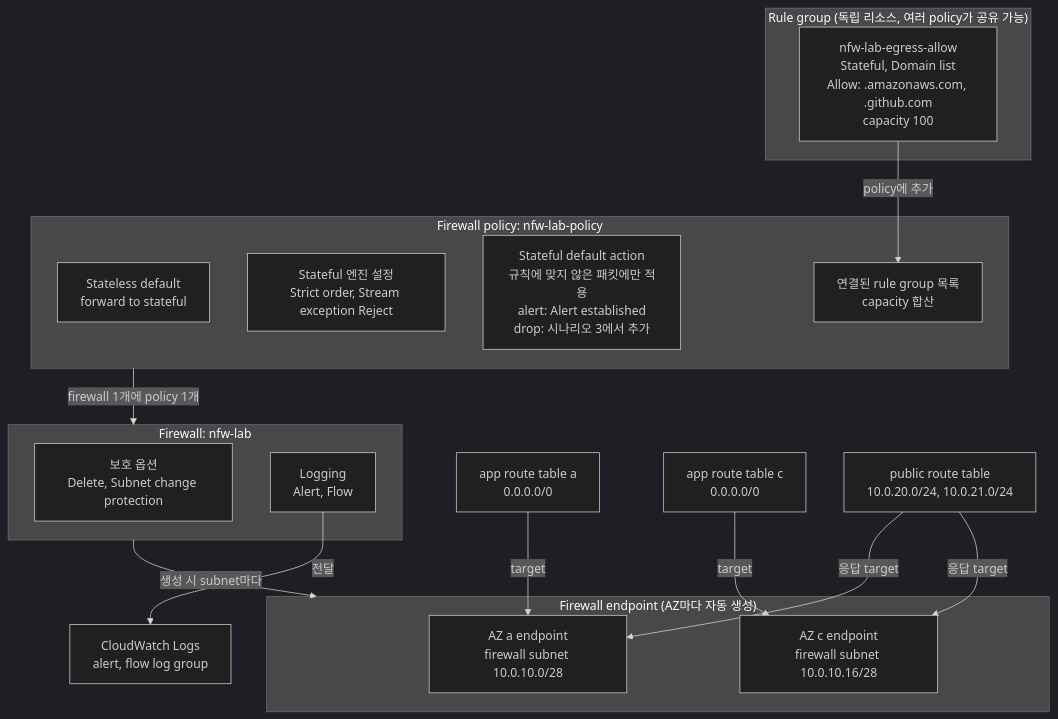
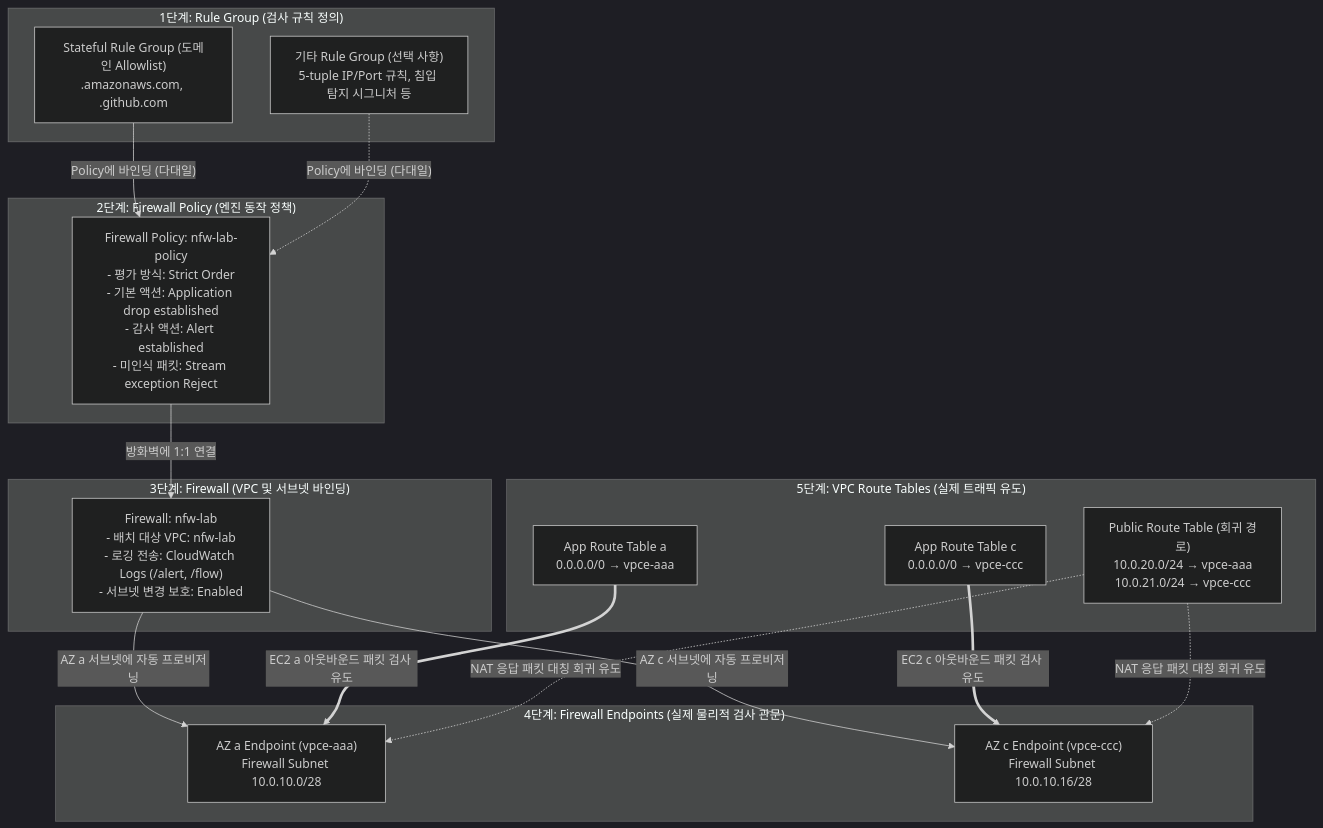
Before and after one commit to choisungwook/portfolio: the first of 2 diagrams in aws/network-firewall/egress-filtering/docs/2-traffic-inspection.md, drawn with Mermaid (dark theme). The commit also changed other lines of this file and 9 other files, not shown here.

Commit message:
docs: AWS Network Firewall 핸즈온 문서 글 교정 및 시나리오 목표 중심 개편 (#1369)

````diff
--- a/aws/network-firewall/egress-filtering/docs/2-traffic-inspection.md
+++ b/aws/network-firewall/egress-filtering/docs/2-traffic-inspection.md
@@ -34,33 +32,37 @@
 ```mermaid
-flowchart TB
-  subgraph RG["Rule group (독립 리소스, 여러 policy가 공유 가능)"]
-    R1["nfw-lab-egress-allow<br/>Stateful, Domain list<br/>Allow: .amazonaws.com, .github.com<br/>capacity 100"]
+flowchart TD
+  subgraph L1["1단계: Rule Group (검사 규칙 정의)"]
+    RG1["Stateful Rule Group (도메인 Allowlist)<br/>.amazonaws.com, .github.com"]
+    RG2["기타 Rule Group (선택 사항)<br/>5-tuple IP/Port 규칙, 침입 탐지 시그니처 등"]
   end
 
-  subgraph POL["Firewall policy: nfw-lab-policy"]
-    P1["Stateless default<br/>forward to stateful"]
-    P2["Stateful 엔진 설정<br/>Strict order, Stream exception Reject"]
-    P3["Stateful default action<br/>규칙에 맞지 않은 패킷에만 적용<br/>alert: Alert established<br/>drop: 시나리오 3에서 추가"]
-    P4["연결된 rule group 목록<br/>capacity 합산"]
+  subgraph L2["2단계: Firewall Policy (엔진 동작 정책)"]
+    POL["Firewall Policy: nfw-lab-policy<br/>- 평가 방식: Strict Order<br/>- 기본 액션: Application drop established<br/>- 감사 액션: Alert established<br/>- 미인식 패킷: Stream exception Reject"]
   end
 
-  subgraph FW["Firewall: nfw-lab"]
-    F1["보호 옵션<br/>Delete, Subnet change protection"]
-    F2["Logging<br/>Alert, Flow"]
+  subgraph L3["3단계: Firewall (VPC 및 서브넷 바인딩)"]
+    FW["Firewall: nfw-lab<br/>- 배치 대상 VPC: nfw-lab<br/>- 로깅 전송: CloudWatch Logs (/alert, /flow)<br/>- 서브넷 변경 보호: Enabled"]
   end
 
-  subgraph EP["Firewall endpoint (AZ마다 자동 생성)"]
-    E1["AZ a endpoint<br/>firewall subnet 10.0.10.0/28"]
-    E2["AZ c endpoint<br/>firewall subnet 10.0.10.16/28"]
+  subgraph L4["4단계: Firewall Endpoints (실제 물리적 검사 관문)"]
+    EPA["AZ a Endpoint (vpce-aaa)<br/>Firewall Subnet 10.0.10.0/28"]
+    EPC["AZ c Endpoint (vpce-ccc)<br/>Firewall Subnet 10.0.10.16/28"]
   end
 
-  R1 -- "policy에 추가" --> P4
-  POL -- "firewall 1개에 policy 1개" --> FW
-  FW -- "생성 시 subnet마다" --> EP
-  F2 -- "전달" --> CW["CloudWatch Logs<br/>alert, flow log group"]
+  subgraph L5["5단계: VPC Route Tables (실제 트래픽 유도)"]
+    RTA["App Route Table a<br/>0.0.0.0/0 → vpce-aaa"]
+    RTC["App Route Table c<br/>0.0.0.0/0 → vpce-ccc"]
+    RTP["Public Route Table (회귀 경로)<br/>10.0.20.0/24 → vpce-aaa<br/>10.0.21.0/24 → vpce-ccc"]
+  end
 
-  RTA["app route table a<br/>0.0.0.0/0"] -- "target" --> E1
-  RTC["app route table c<br/>0.0.0.0/0"] -- "target" --> E2
-  RTP["public route table<br/>10.0.20.0/24, 10.0.21.0/24"] -- "응답 target" --> E1
-  RTP -- "응답 target" --> E2
+  RG1 -->|"Policy에 바인딩 (다대일)"| POL
+  RG2 -.->|"Policy에 바인딩 (다대일)"| POL
+  POL -->|"방화벽에 1:1 연결"| FW
+  FW -->|"AZ a 서브넷에 자동 프로비저닝"| EPA
+  FW -->|"AZ c 서브넷에 자동 프로비저닝"| EPC
+
+  RTA ==>|"EC2 a 아웃바운드 패킷 검사 유도"| EPA
+  RTC ==>|"EC2 c 아웃바운드 패킷 검사 유도"| EPC
+  RTP -.->|"NAT 응답 패킷 대칭 회귀 유도"| EPA
+  RTP -.->|"NAT 응답 패킷 대칭 회귀 유도"| EPC
 ```
````
